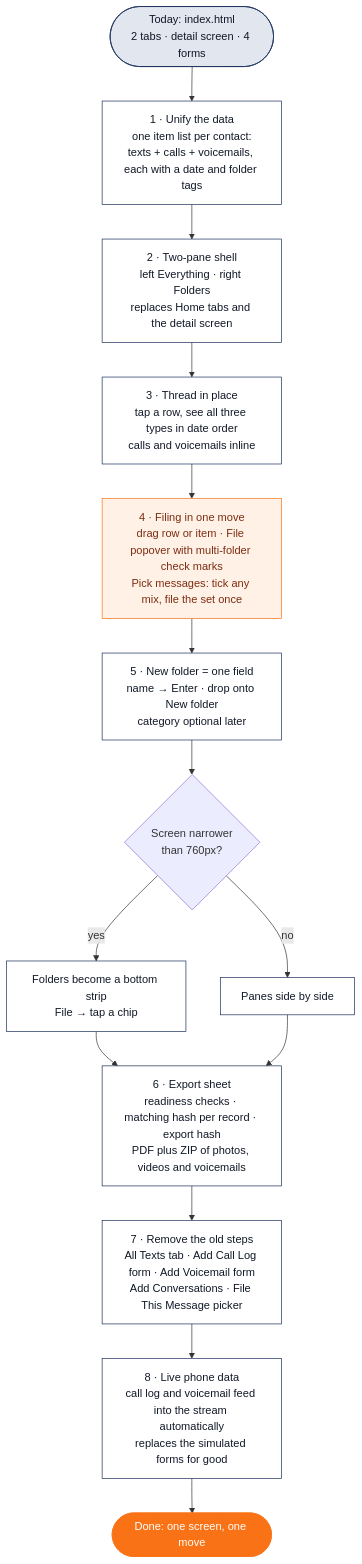
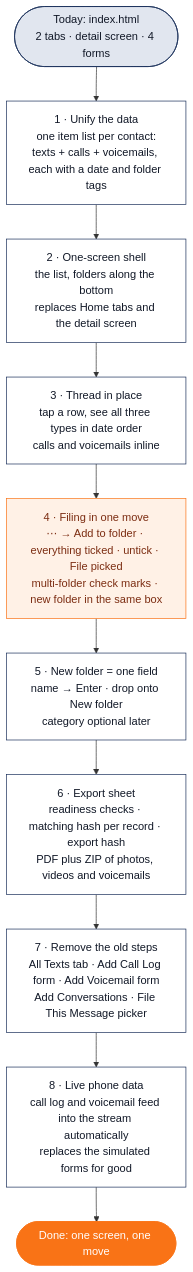
The second of 2 diagrams in v2/PLAN.md (CoachCotner/Recalltext), drawn with Mermaid before and after one commit. The commit also changed other lines of this file and 9 other files, not shown here.

````diff
--- a/v2/PLAN.md
+++ b/v2/PLAN.md
@@ -74,25 +74,21 @@
 ```mermaid
 flowchart TD
   A([Today: index.html<br/>2 tabs · detail screen · 4 forms]) --> B
   B[1 · Unify the data<br/>one item list per contact:<br/>texts + calls + voicemails, each with a date and folder tags]
-  B --> C[2 · Two-pane shell<br/>left Everything · right Folders<br/>replaces Home tabs and the detail screen]
+  B --> C[2 · One-screen shell<br/>the list, folders along the bottom<br/>replaces Home tabs and the detail screen]
   C --> D[3 · Thread in place<br/>tap a row, see all three types in date order<br/>calls and voicemails inline]
-  D --> E[4 · Filing in one move<br/>drag row or item · File popover with multi-folder check marks<br/>Pick messages: tick any mix, file the set once]
+  D --> E[4 · Filing in one move<br/>⋯ → Add to folder · everything ticked · untick · File picked<br/>multi-folder check marks · new folder in the same box]
   E --> F[5 · New folder = one field<br/>name → Enter · drop onto New folder<br/>category optional later]
-  F --> G{Screen narrower<br/>than 760px?}
-  G -- yes --> H[Folders become a bottom strip<br/>File → tap a chip]
-  G -- no --> I[Panes side by side]
-  H --> J
-  I --> J[6 · Export sheet<br/>readiness checks · matching hash per record · export hash<br/>PDF plus ZIP of photos, videos and voicemails]
+  F --> J[6 · Export sheet<br/>readiness checks · matching hash per record · export hash<br/>PDF plus ZIP of photos, videos and voicemails]
   J --> K[7 · Remove the old steps<br/>All Texts tab · Add Call Log form · Add Voicemail form<br/>Add Conversations · File This Message picker]
   K --> L[8 · Live phone data<br/>call log and voicemail feed into the stream automatically<br/>replaces the simulated forms for good]
   L --> M([Done: one screen, one move])
   classDef now fill:#E1E6EF,stroke:#1A2F5A,color:#111827
   classDef step fill:#FFFFFF,stroke:#1A2F5A,color:#111827
   classDef key fill:#FFF1E6,stroke:#F97316,color:#7C2D12
   classDef done fill:#F97316,stroke:#F97316,color:#FFFFFF
   class A now
-  class B,C,D,F,H,I,J,K,L step
+  class B,C,D,F,J,K,L step
   class E key
   class M done
 ```
````
